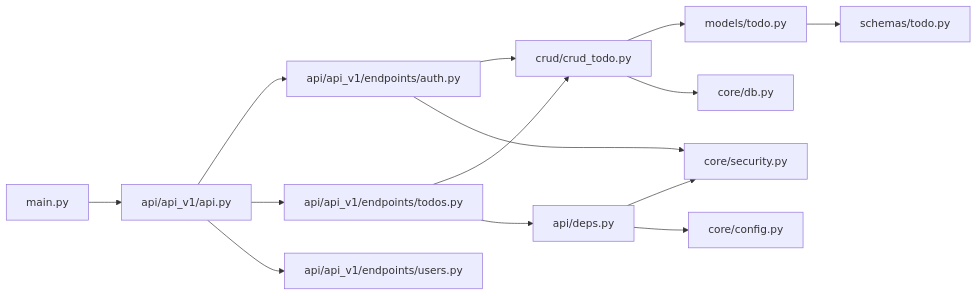
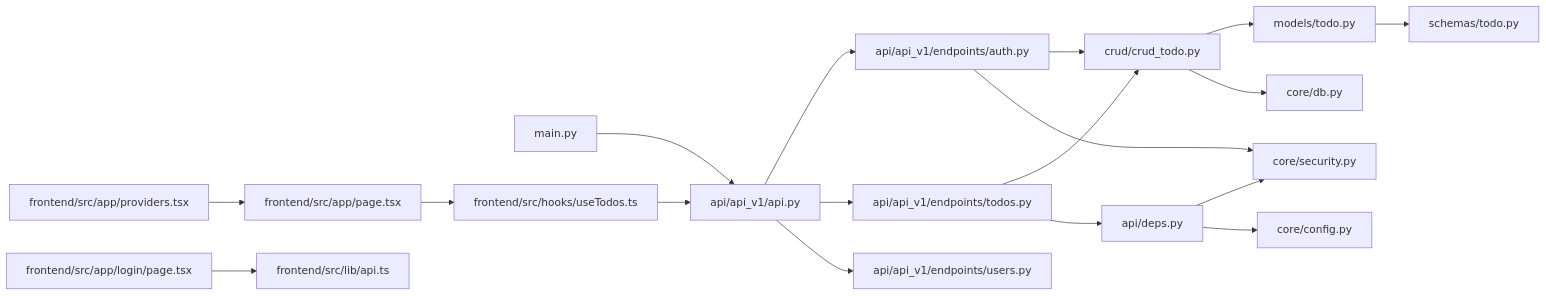
One commit to ss8806/Todos changed the seventh of 7 diagrams in .qoder/repowiki/ja/content/APIリファレンス/TODO管理API.md. Above: the diagram before and after it, drawn with Mermaid. The commit also changed other lines of this file and 3 other files, not shown here.

````diff
--- a/.qoder/repowiki/ja/content/APIリファレンス/TODO管理API.md
+++ b/.qoder/repowiki/ja/content/APIリファレンス/TODO管理API.md
@@ -430,16 +546,20 @@
 ```mermaid
 graph LR
 MAIN["main.py"] --> API["api/api_v1/api.py"]
 API --> AUTH["api/api_v1/endpoints/auth.py"]
 API --> TODOS["api/api_v1/endpoints/todos.py"]
 API --> USERS["api/api_v1/endpoints/users.py"]
 TODOS --> CRUD["crud/crud_todo.py"]
 CRUD --> MODEL["models/todo.py"]
 CRUD --> DB["core/db.py"]
 MODEL --> SCHEMA["schemas/todo.py"]
 TODOS --> DEPS["api/deps.py"]
 DEPS --> SEC["core/security.py"]
 DEPS --> CFG["core/config.py"]
 AUTH --> CRUD
 AUTH --> SEC
+FE["frontend/src/hooks/useTodos.ts"] --> API
+PAGE["frontend/src/app/page.tsx"] --> FE
+LOGIN["frontend/src/app/login/page.tsx"] --> LIB["frontend/src/lib/api.ts"]
+PROVIDERS["frontend/src/app/providers.tsx"] --> PAGE
 ```
````
